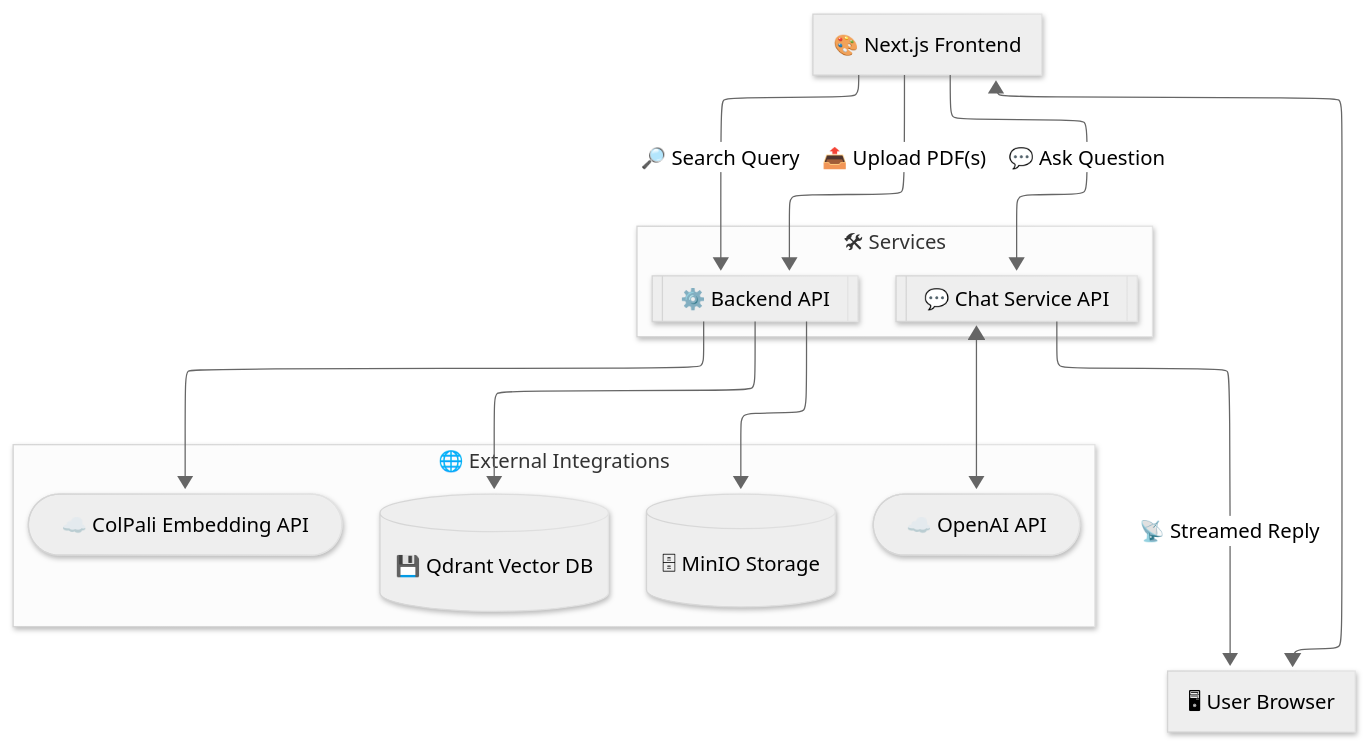
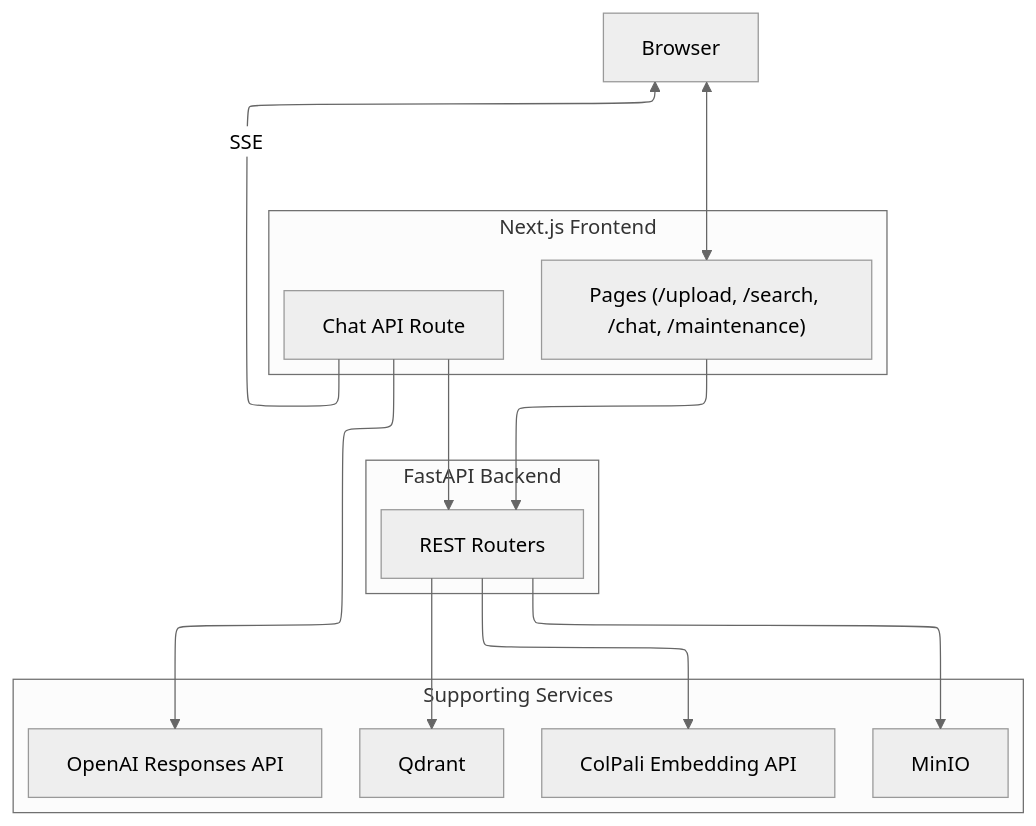
The diagram in README.md (athrael-soju/Snappy), drawn with Mermaid before and after one commit. The commit also changed other lines of this file and 8 other files, not shown here.

````diff
--- a/README.md
+++ b/README.md
@@ -56,27 +25,32 @@
 ```mermaid
 ---
 config:
   theme: neutral
   layout: elk
-  look: neo
 ---
 flowchart TB
- subgraph Services["🛠 Services"]
-        BACKEND[["⚙️ Backend API"]]
-        NXCHAT[["💬 Chat Service API"]]
+  subgraph Frontend["Next.js Frontend"]
+    UI["Pages (/upload, /search, /chat, /maintenance)"]
+    CHAT["Chat API Route"]
   end
- subgraph External["🌐 External Integrations"]
-        QD[("💾 Qdrant Vector DB")]
-        MN[("🗄 MinIO Storage")]
-        CQ(["☁️ ColPali Embedding API"])
-        OA(["☁️ OpenAI API"])
+
+  subgraph Backend["FastAPI Backend"]
+    API["REST Routers"]
   end
-    U["🖥 User Browser"] <--> NEXT["🎨 Next.js Frontend"]
-    NEXT -- 📤 Upload PDF(s) --> BACKEND
-    NEXT -- 🔎 Search Query --> BACKEND
-    BACKEND --> MN & CQ & QD
-    NEXT -- 💬 Ask Question --> NXCHAT
-    NXCHAT <--> OA
-    NXCHAT -- 📡 Streamed Reply --> U
 
+  subgraph Services["Supporting Services"]
+    QDRANT["Qdrant"]
+    MINIO["MinIO"]
+    COLPALI["ColPali Embedding API"]
+    OPENAI["OpenAI Responses API"]
+  end
+
+  USER["Browser"] <--> UI
+  UI --> API
+  API --> QDRANT
+  API --> MINIO
+  API --> COLPALI
+  CHAT --> API
+  CHAT --> OPENAI
+  CHAT -- SSE --> USER
 ```
````
